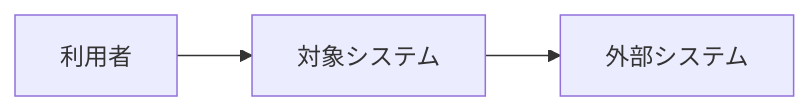
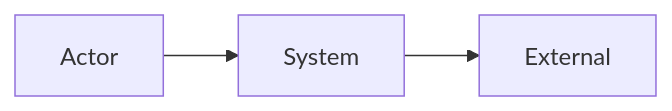
One commit to techbeansjp-free/AGENTS.md changed the diagram in .agent-skill-chain/templates/specs/03_アーキテクチャ/01_システムコンテキスト.md. Above: the diagram before and after it, drawn with Mermaid. The commit also changed 88 other files, not shown here.

````diff
--- a/.agent-skill-chain/templates/specs/03_アーキテクチャ/01_システムコンテキスト.md
+++ b/.agent-skill-chain/templates/specs/03_アーキテクチャ/01_システムコンテキスト.md
@@ -3,5 +3,5 @@
 ```mermaid
 flowchart LR
-  person[利用者] --> system[対象システム]
-  system --> external[外部システム]
+  Actor --> System
+  System --> External
 ```
````
